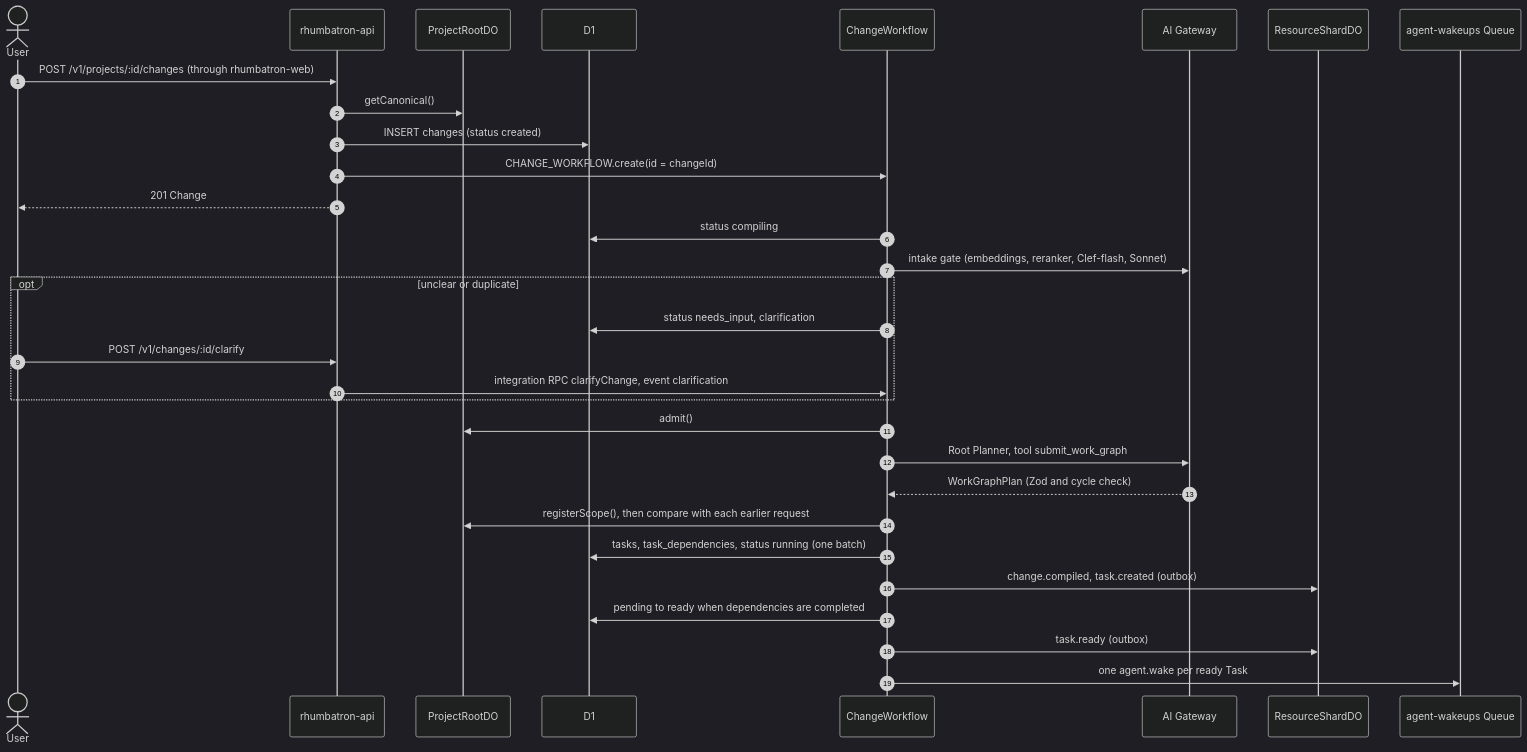
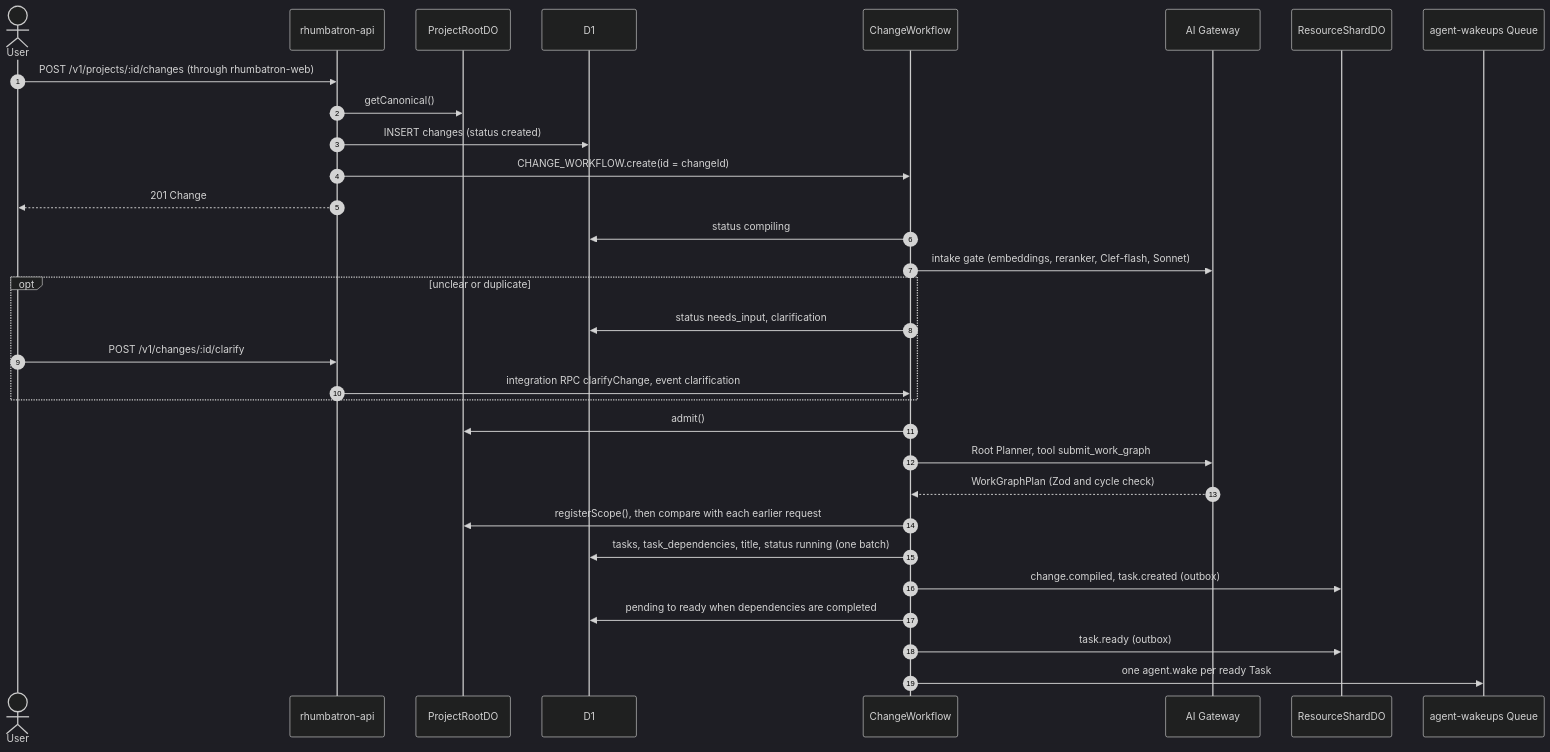
The first of 7 diagrams in docs/architecture/change-lifecycle.md (nsudhanva/rhumbatron), drawn with Mermaid (dark theme) before and after one commit. The commit also changed other lines of this file and 24 other files, not shown here.

````diff
--- a/docs/architecture/change-lifecycle.md
+++ b/docs/architecture/change-lifecycle.md
@@ -28,34 +28,34 @@
 ```mermaid
 sequenceDiagram
   autonumber
   actor User
   participant API as rhumbatron-api
   participant Root as ProjectRootDO
   participant D1 as D1
   participant CW as ChangeWorkflow
   participant GW as AI Gateway
   participant Shard as ResourceShardDO
   participant WQ as agent-wakeups Queue
 
   User->>API: POST /v1/projects/:id/changes (through rhumbatron-web)
   API->>Root: getCanonical()
   API->>D1: INSERT changes (status created)
   API->>CW: CHANGE_WORKFLOW.create(id = changeId)
   API-->>User: 201 Change
   CW->>D1: status compiling
   CW->>GW: intake gate (embeddings, reranker, Clef-flash, Sonnet)
   opt unclear or duplicate
     CW->>D1: status needs_input, clarification
     User->>API: POST /v1/changes/:id/clarify
     API->>CW: integration RPC clarifyChange, event clarification
   end
   CW->>Root: admit()
   CW->>GW: Root Planner, tool submit_work_graph
   GW-->>CW: WorkGraphPlan (Zod and cycle check)
   CW->>Root: registerScope(), then compare with each earlier request
-  CW->>D1: tasks, task_dependencies, status running (one batch)
+  CW->>D1: tasks, task_dependencies, title, status running (one batch)
   CW->>Shard: change.compiled, task.created (outbox)
   CW->>D1: pending to ready when dependencies are completed
   CW->>Shard: task.ready (outbox)
   CW->>WQ: one agent.wake per ready Task
 ```
````
